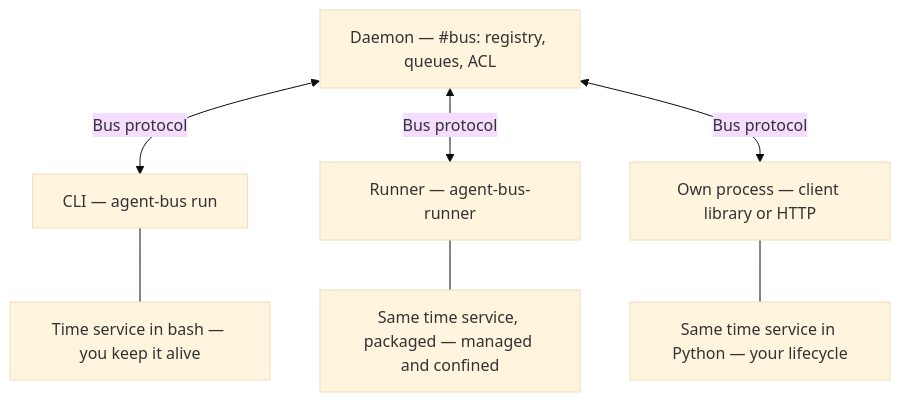
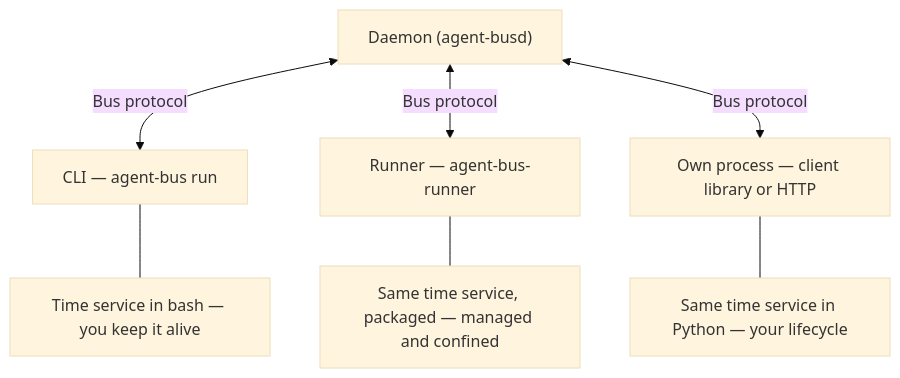
Before and after one commit to parf/ai-agent-bus: the diagram in Plans/R1.0-Release/agent-guide.md, drawn with Mermaid (base theme). The commit also changed other lines of this file, not shown here.

Commit message:
Clarify the daemon diagram and budget the guide shard verification

````diff
--- a/Plans/R1.0-Release/agent-guide.md
+++ b/Plans/R1.0-Release/agent-guide.md
@@ -30,10 +30,10 @@
 ```mermaid
 flowchart TB
-    D["Daemon — #bus: registry, queues, ACL"]
+    D["Daemon (agent-busd)"]
     D <-->|"Bus protocol"| C["CLI — agent-bus run"]
     D <-->|"Bus protocol"| R["Runner — agent-bus-runner"]
     D <-->|"Bus protocol"| P["Own process — client library or HTTP"]
     C --- B["Time service in bash — you keep it alive"]
     R --- M["Same time service, packaged — managed and confined"]
     P --- Y["Same time service in Python — your lifecycle"]
 ```
````
